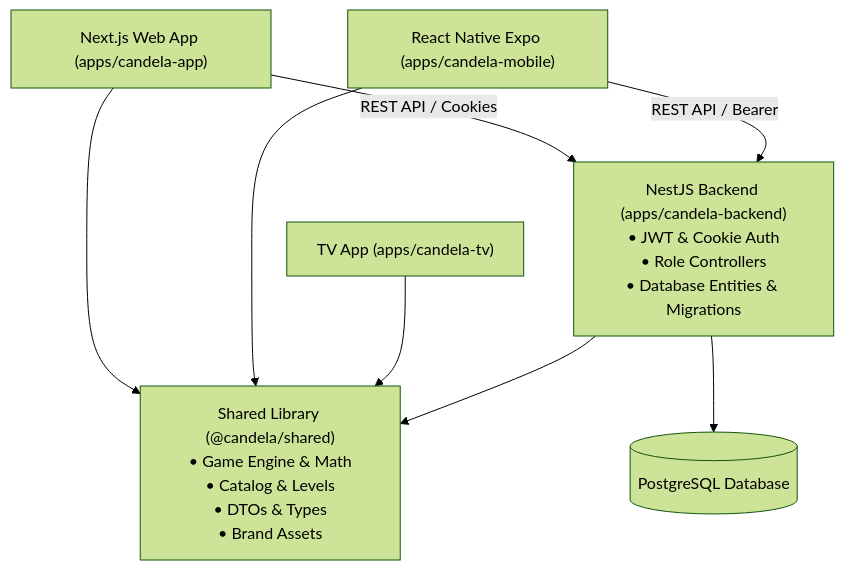
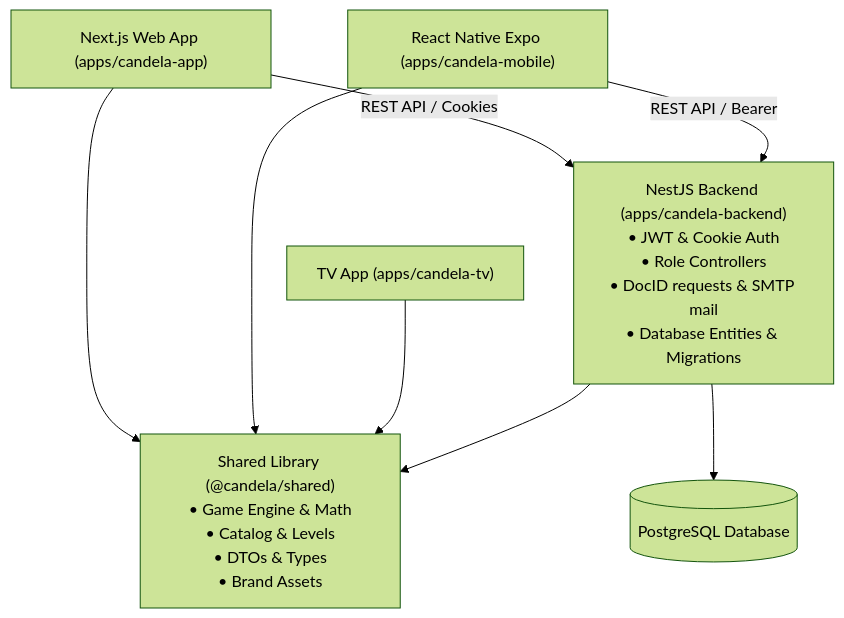
Before and after one commit to candela-app/Candela: the diagram in docs/ARCHITECTURE.md, drawn with Mermaid (forest theme). The commit also changed other lines of this file and 38 other files, not shown here.

````diff
--- a/docs/ARCHITECTURE.md
+++ b/docs/ARCHITECTURE.md
@@ -7,21 +7,21 @@
 ```mermaid
 graph TD
     ClientWeb["Next.js Web App (apps/candela-app)"]
     ClientMobile["React Native Expo (apps/candela-mobile)"]
     ClientTV["TV App (apps/candela-tv)"]
 
     SharedPkg["Shared Library (@candela/shared)\n• Game Engine & Math\n• Catalog & Levels\n• DTOs & Types\n• Brand Assets"]
 
-    Backend["NestJS Backend (apps/candela-backend)\n• JWT & Cookie Auth\n• Role Controllers\n• Database Entities & Migrations"]
+    Backend["NestJS Backend (apps/candela-backend)\n• JWT & Cookie Auth\n• Role Controllers\n• DocID requests & SMTP mail\n• Database Entities & Migrations"]
 
     Database[(PostgreSQL Database)]
 
     ClientWeb --> SharedPkg
     ClientMobile --> SharedPkg
     ClientTV --> SharedPkg
     Backend --> SharedPkg
 
     ClientWeb -->|REST API / Cookies| Backend
     ClientMobile -->|REST API / Bearer| Backend
     Backend --> Database
 ```
````
